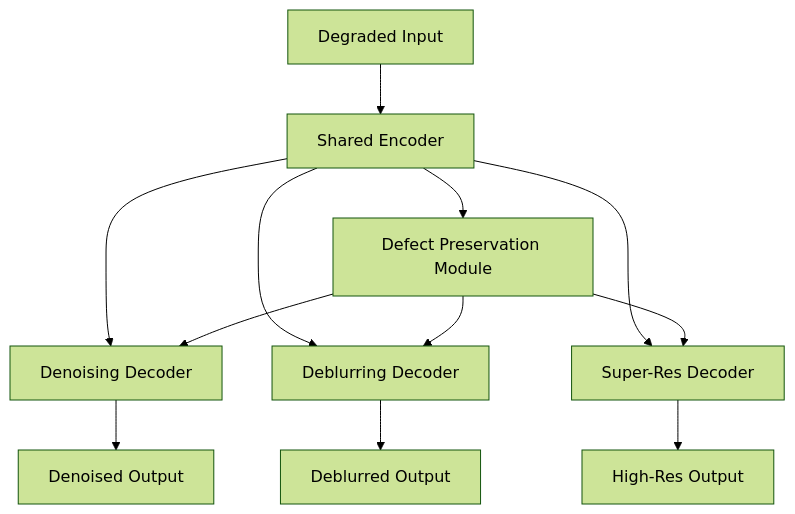
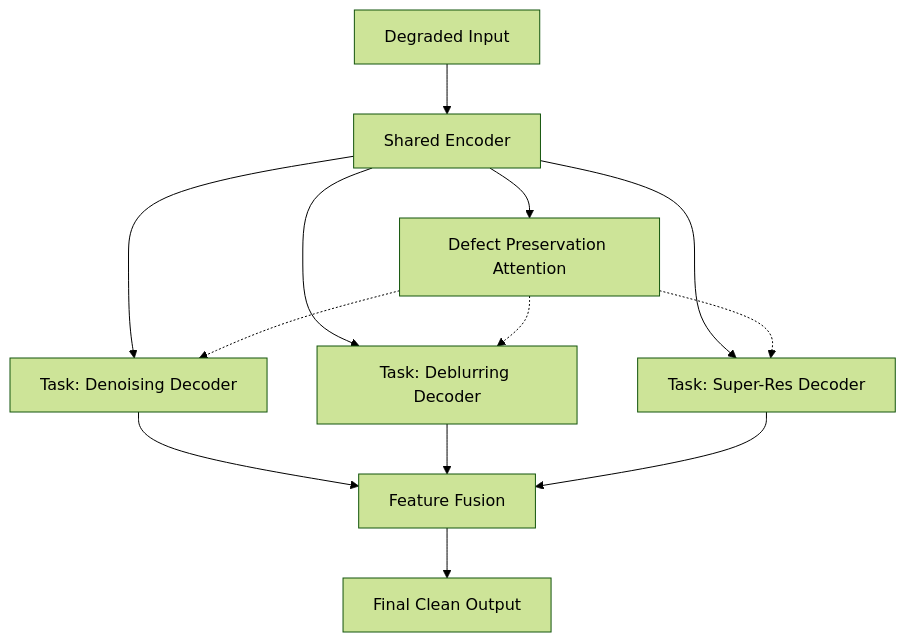
The diagram in README.md (pillatejanagasai/semiconductor-image-restoration), drawn with Mermaid (forest theme) before and after one commit. The commit also changed other lines of this file and 9 other files, not shown here.

````diff
--- a/README.md
+++ b/README.md
@@ -16,14 +24,15 @@
 ```mermaid
 graph TD
     A[Degraded Input] --> B[Shared Encoder]
-    B --> C[Defect Preservation Module]
-    B --> D[Denoising Decoder]
-    B --> E[Deblurring Decoder]
-    B --> F[Super-Res Decoder]
-    C --> D
-    C --> E
-    C --> F
-    D --> G[Denoised Output]
-    E --> H[Deblurred Output]
-    F --> I[High-Res Output]
+    B --> C[Defect Preservation Attention]
+    B --> D[Task: Denoising Decoder]
+    B --> E[Task: Deblurring Decoder]
+    B --> F[Task: Super-Res Decoder]
+    C -.-> D
+    C -.-> E
+    C -.-> F
+    D --> G[Feature Fusion]
+    E --> G
+    F --> G
+    G --> H[Final Clean Output]
 ```
````
